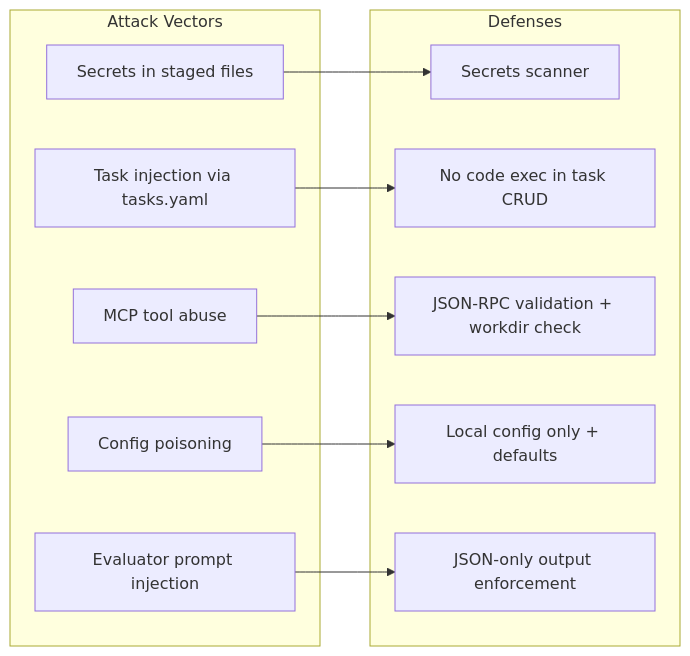
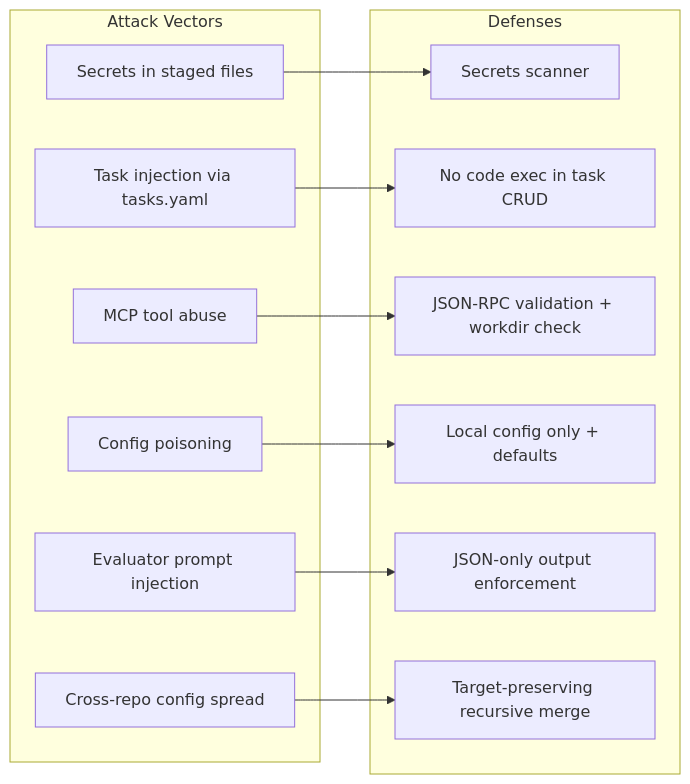
The diagram in specs/05-Security-Model.md (totalwindupflightsystems/gitreins), drawn with Mermaid before and after one commit. The commit also changed other lines of this file and 5 other files, not shown here.

````diff
--- a/specs/05-Security-Model.md
+++ b/specs/05-Security-Model.md
@@ -45,24 +45,27 @@
 ```mermaid
 flowchart LR
     subgraph Attack["Attack Vectors"]
         A1[Secrets in staged files]
         A2[Task injection via tasks.yaml]
         A3[MCP tool abuse]
         A4[Config poisoning]
         A5[Evaluator prompt injection]
+        A6[Cross-repo config spread]
     end
     
     subgraph Defense["Defenses"]
         D1[Secrets scanner]
         D2[No code exec in task CRUD]
         D3[JSON-RPC validation + workdir check]
         D4[Local config only + defaults]
         D5[JSON-only output enforcement]
+        D6[Target-preserving recursive merge]
     end
     
     A1 --> D1
     A2 --> D2
     A3 --> D3
     A4 --> D4
     A5 --> D5
+    A6 --> D6
 ```
````
